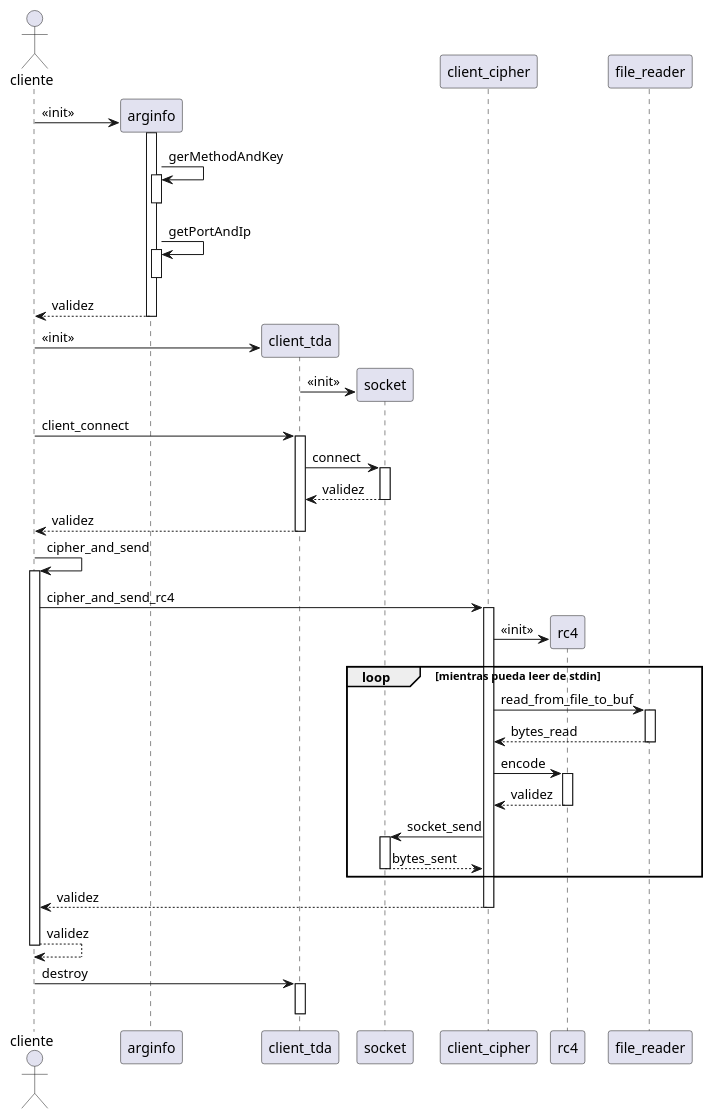
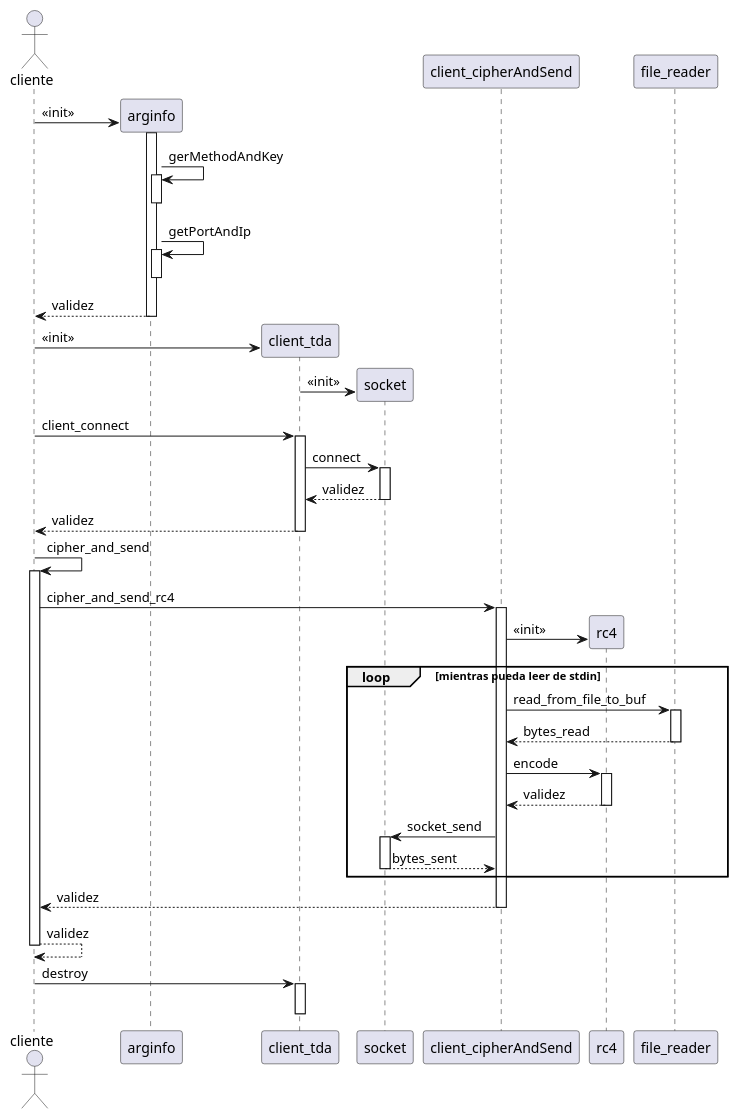
One commit to Jonathan-R0/TP1-9508 changed the diagram in diags/clientseq.plantuml. Above: the diagram before and after it, drawn with PlantUML. The commit also changed 14 other files, not shown here.

```diff
--- a/diags/clientseq.plantuml
+++ b/diags/clientseq.plantuml
@@ -1,41 +1,41 @@
 @startuml
 autoactivate on
 
 actor cliente
 cliente -> arginfo** : <<init>>
 activate arginfo
 arginfo -> arginfo : gerMethodAndKey
 deactivate arginfo
 arginfo -> arginfo: getPortAndIp
 deactivate arginfo
 return validez
 
 cliente -> client_tda**: <<init>>
 client_tda -> socket**: <<init>>
 cliente -> client_tda: client_connect
 client_tda -> socket: connect
 return validez
 return validez
 
 cliente -> cliente: cipher_and_send
 
-cliente -> client_cipher: cipher_and_send_rc4
-client_cipher -> rc4**: <<init>>
+cliente -> client_cipherAndSend: cipher_and_send_rc4
+client_cipherAndSend -> rc4**: <<init>>
 
 loop mientras pueda leer de stdin
-  client_cipher -> file_reader: read_from_file_to_buf
+  client_cipherAndSend -> file_reader: read_from_file_to_buf
   return bytes_read
-  client_cipher -> rc4: encode
+  client_cipherAndSend -> rc4: encode
   return validez
-  client_cipher -> socket: socket_send
+  client_cipherAndSend -> socket: socket_send
   return bytes_sent
 end
   
 return validez
 return validez
 
 
 deactivate cliente
 cliente-> client_tda: destroy
 deactivate client_tda
 @enduml
```
